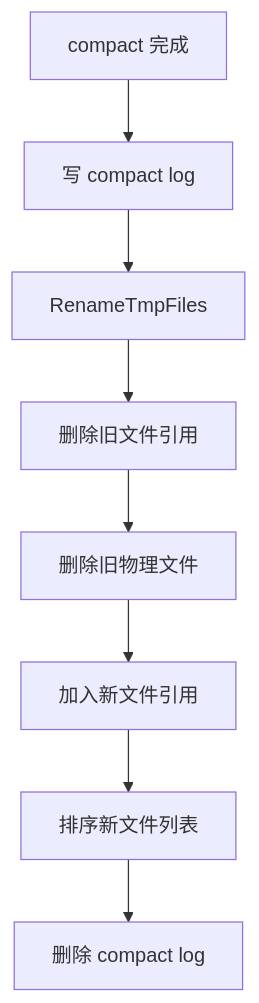
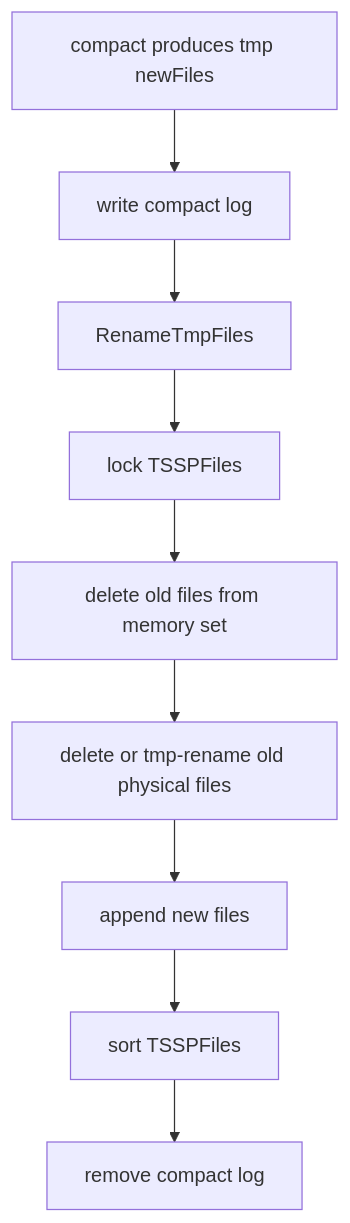
One commit to zhiwangdu/openGemini changed the sixth of 6 diagrams in engine/immutable/tssp_compact_design.md. Above: the diagram before and after it, drawn with Mermaid. The commit also changed other lines of this file and 1 other file, not shown here.

````diff
--- a/engine/immutable/tssp_compact_design.md
+++ b/engine/immutable/tssp_compact_design.md
@@ -246,10 +216,11 @@
 ```mermaid
 flowchart TD
-    A[compact 完成] --> B[写 compact log]
+    A[compact produces tmp newFiles] --> B[write compact log]
     B --> C[RenameTmpFiles]
-    C --> D[删除旧文件引用]
-    D --> E[删除旧物理文件]
-    E --> F[加入新文件引用]
-    F --> G[排序新文件列表]
-    G --> H[删除 compact log]
+    C --> D[lock TSSPFiles]
+    D --> E[delete old files from memory set]
+    E --> F[delete or tmp-rename old physical files]
+    F --> G[append new files]
+    G --> H[sort TSSPFiles]
+    H --> I[remove compact log]
 ```
````
